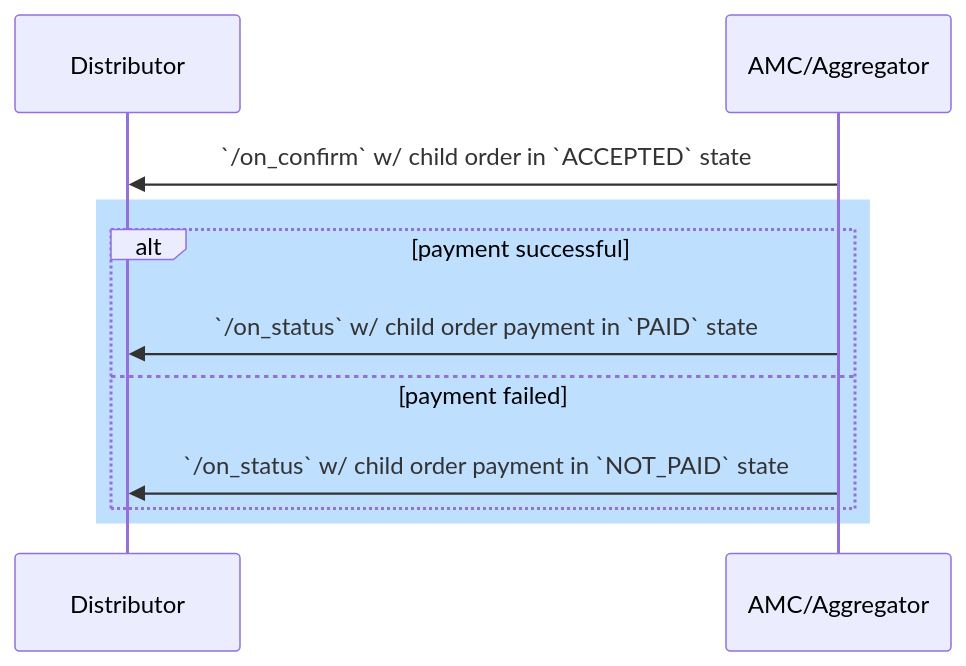
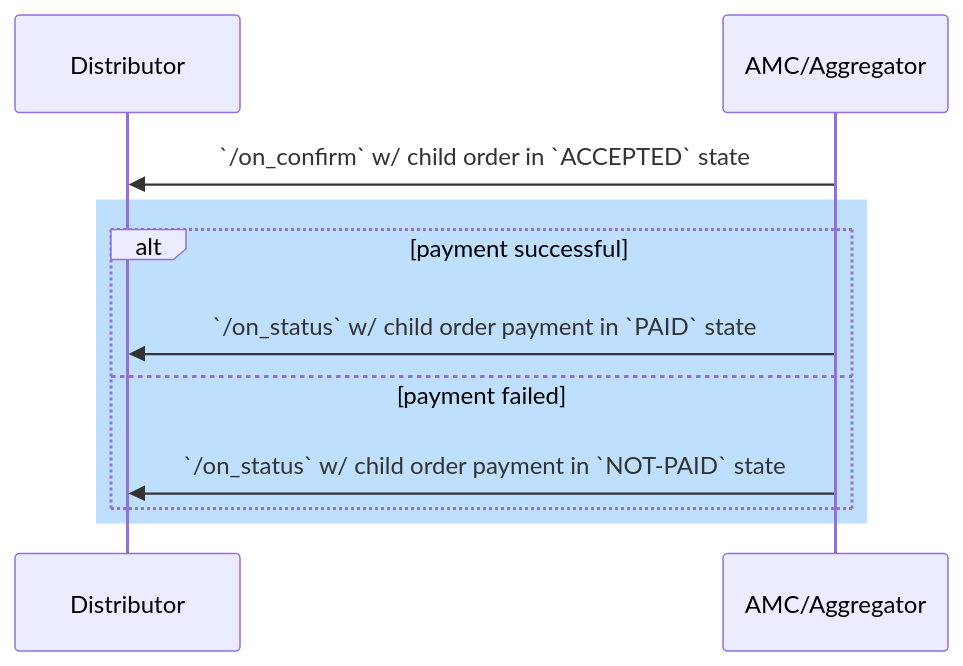
Before and after one commit to nmonga26/ONDC-FIS-Specifications: the second of 3 diagrams in api/components/docs/stage-fulfillment.md, drawn with Mermaid. The commit also changed other lines of this file and 3 other files, not shown here.

````diff
--- a/api/components/docs/stage-fulfillment.md
+++ b/api/components/docs/stage-fulfillment.md
@@ -21,14 +21,14 @@
 ```mermaid
 sequenceDiagram
     participant bap AS Distributor
     participant bpp AS AMC/Aggregator
     bpp ->> bap: `/on_confirm` w/ child order in `ACCEPTED` state
 
     rect rgb(191, 223, 255)
     alt payment successful
         bpp ->> bap: `/on_status` w/ child order payment in `PAID` state
     else payment failed
-        bpp ->> bap: `/on_status` w/ child order payment in `NOT_PAID` state
+        bpp ->> bap: `/on_status` w/ child order payment in `NOT-PAID` state
     end
     end
 ```
````
